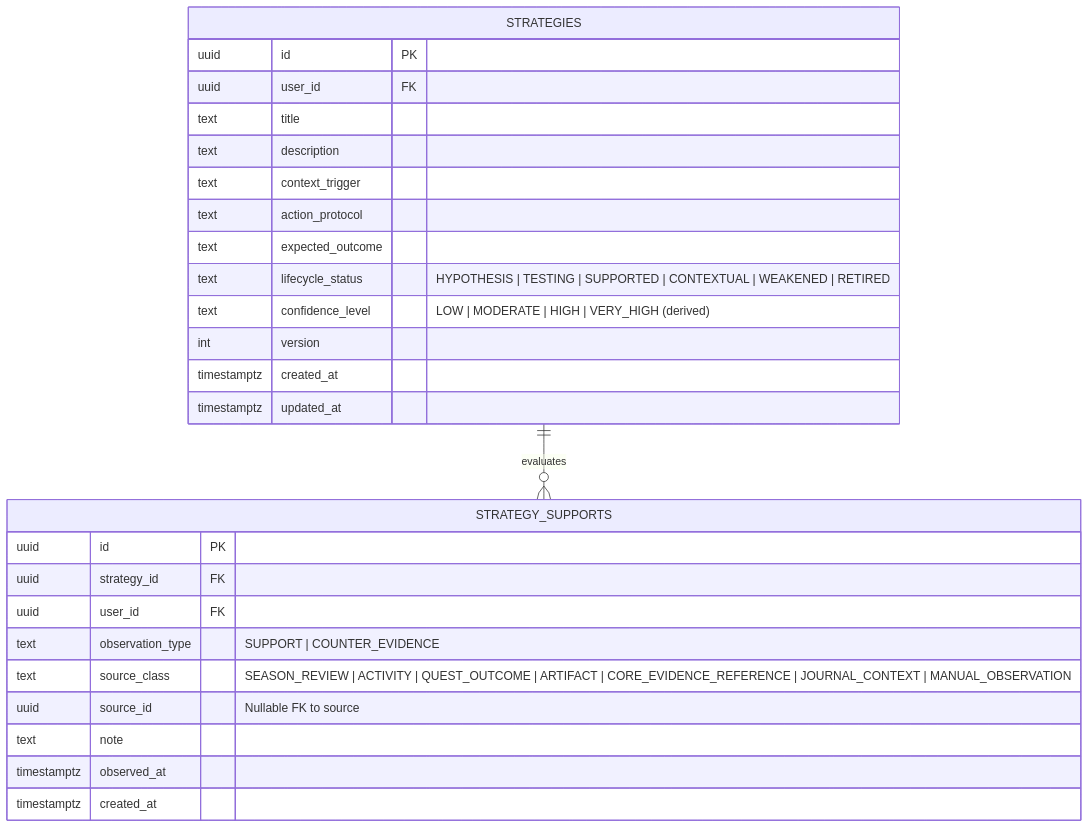
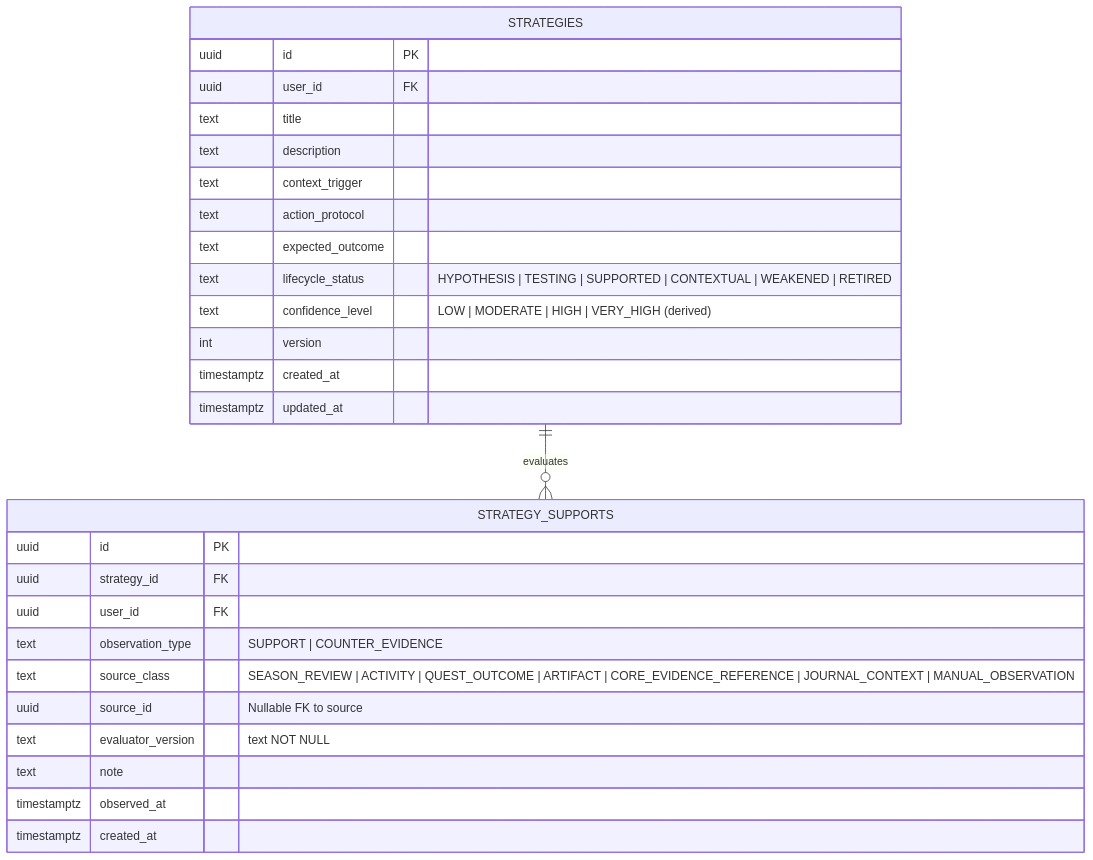
One commit to Daylily-Huang/AI-Personal-Growth-RPG changed the second of 2 diagrams in docs/Phase8/05_STRATEGY_PLAYBOOK_SPEC.md. Above: the diagram before and after it, drawn with Mermaid. The commit also changed other lines of this file and 11 other files, not shown here.

````diff
--- a/docs/Phase8/05_STRATEGY_PLAYBOOK_SPEC.md
+++ b/docs/Phase8/05_STRATEGY_PLAYBOOK_SPEC.md
@@ -108,31 +108,32 @@
 ```mermaid
 erDiagram
     STRATEGIES ||--o{ STRATEGY_SUPPORTS : evaluates
     
     STRATEGIES {
         uuid id PK
         uuid user_id FK
         text title
         text description
         text context_trigger
         text action_protocol
         text expected_outcome
         text lifecycle_status "HYPOTHESIS | TESTING | SUPPORTED | CONTEXTUAL | WEAKENED | RETIRED"
         text confidence_level "LOW | MODERATE | HIGH | VERY_HIGH (derived)"
         int version
         timestamptz created_at
         timestamptz updated_at
     }
     
     STRATEGY_SUPPORTS {
         uuid id PK
         uuid strategy_id FK
         uuid user_id FK
         text observation_type "SUPPORT | COUNTER_EVIDENCE"
         text source_class "SEASON_REVIEW | ACTIVITY | QUEST_OUTCOME | ARTIFACT | CORE_EVIDENCE_REFERENCE | JOURNAL_CONTEXT | MANUAL_OBSERVATION"
         uuid source_id "Nullable FK to source"
+        text evaluator_version "text NOT NULL"
         text note
         timestamptz observed_at
         timestamptz created_at
     }
 ```
````
